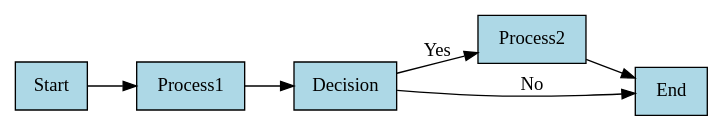
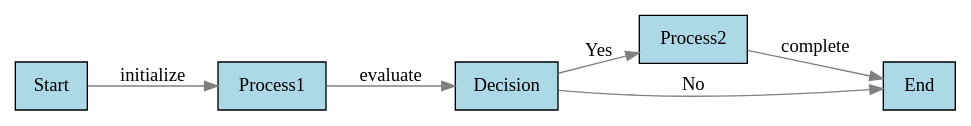
One commit to rluvaton/multi-dot-viewer changed the diagram in README.md. Above: the diagram before and after it, drawn with Graphviz. The commit also changed other lines of this file, not shown here.

````diff
--- a/README.md
+++ b/README.md
@@ -91,12 +152,13 @@
 ```dot
 digraph Example {
     rankdir=LR;
     node [shape=box, style=filled, fillcolor=lightblue];
+    edge [color=gray];
     
-    Start -> Process1;
-    Process1 -> Decision;
+    Start -> Process1 [label="initialize"];
+    Process1 -> Decision [label="evaluate"];
     Decision -> Process2 [label="Yes"];
     Decision -> End [label="No"];
-    Process2 -> End;
+    Process2 -> End [label="complete"];
 }
 ```
````
